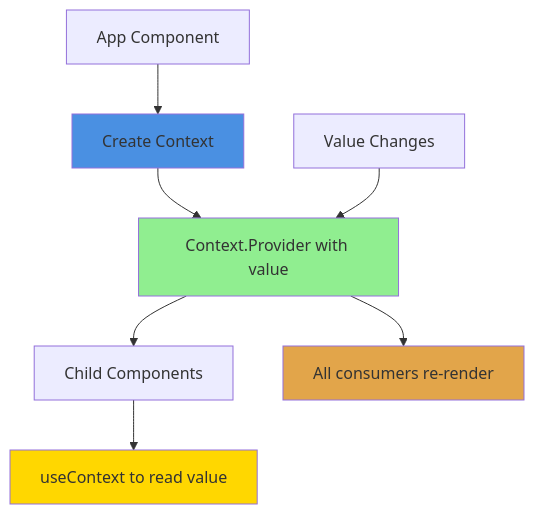
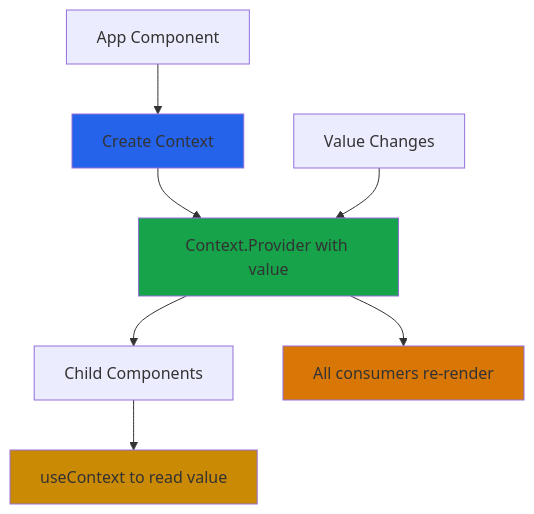
One commit to upasanaprabhakar/web-dev-handbook changed the first of 2 diagrams in react/useContext/README.md. Above: the diagram before and after it, drawn with Mermaid.

Commit message:
use context topic with examples

````diff
--- a/react/useContext/README.md
+++ b/react/useContext/README.md
@@ -59,15 +59,15 @@
 ```mermaid
 graph TD
     A[App Component] --> B[Create Context]
     B --> C[Context.Provider with value]
     C --> D[Child Components]
     D --> E[useContext to read value]
     
     F[Value Changes] --> C
     C --> G[All consumers re-render]
     
-    style B fill:#4a90e2
-    style C fill:#90EE90
-    style E fill:#FFD700
-    style G fill:#e2a54a
+    style B fill:#2563EB
+    style C fill:#16A34A
+    style E fill:#CA8A04
+    style G fill:#D97706
 ```
````
